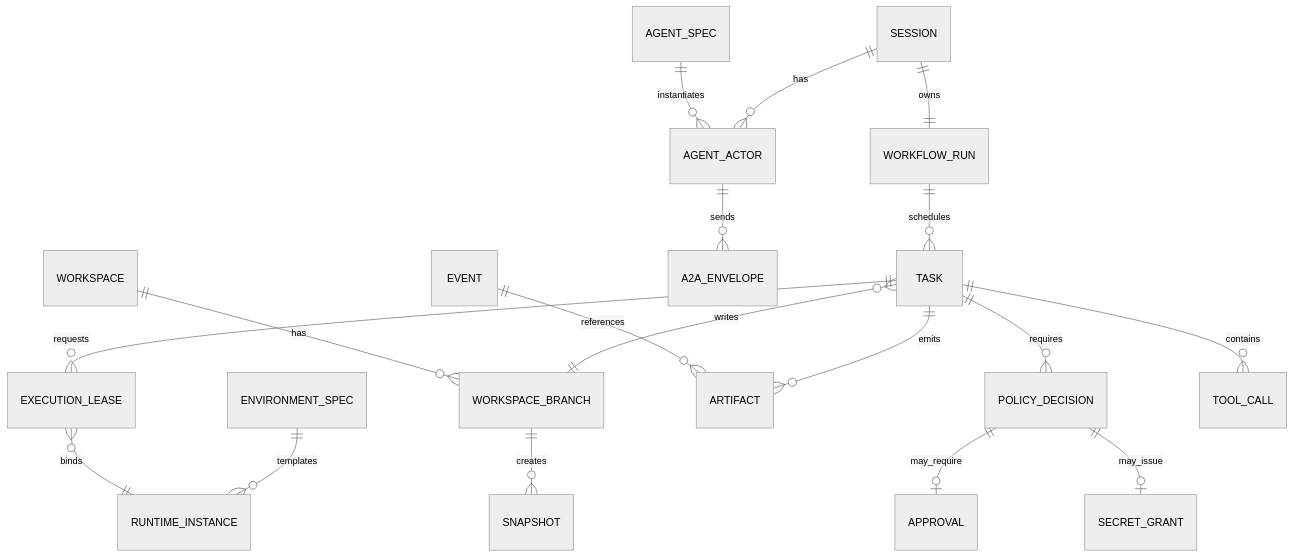
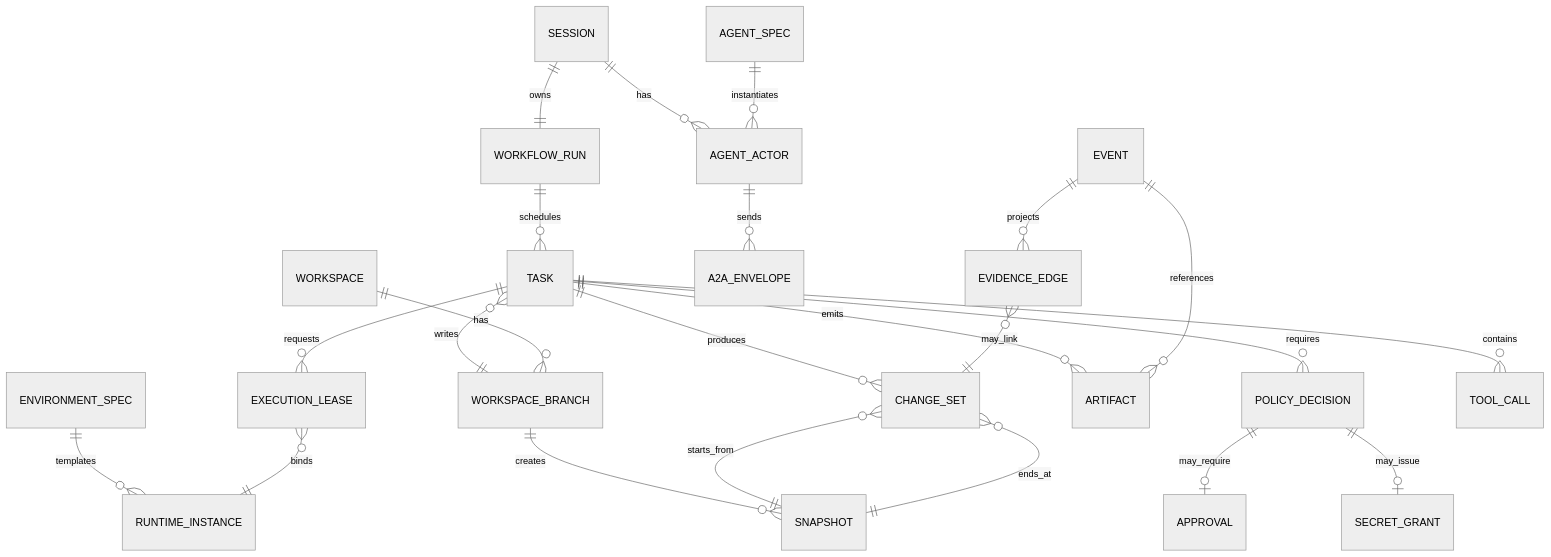
The second of 10 diagrams in AgentRuntimeFibric/AgentRuntimeFabric-Architecture-Implementation.md (wangxumarshall/claude-books), drawn with Mermaid (neutral theme) before and after one commit. The commit also changed other lines of this file and 4 other files, not shown here.

````diff
--- a/AgentRuntimeFibric/AgentRuntimeFabric-Architecture-Implementation.md
+++ b/AgentRuntimeFibric/AgentRuntimeFabric-Architecture-Implementation.md
@@ -530,20 +648,25 @@
 ```mermaid
 erDiagram
     SESSION ||--|| WORKFLOW_RUN : owns
     WORKFLOW_RUN ||--o{ TASK : schedules
     SESSION ||--o{ AGENT_ACTOR : has
     AGENT_SPEC ||--o{ AGENT_ACTOR : instantiates
     ENVIRONMENT_SPEC ||--o{ RUNTIME_INSTANCE : templates
     TASK ||--o{ EXECUTION_LEASE : requests
     EXECUTION_LEASE }o--|| RUNTIME_INSTANCE : binds
     TASK }o--|| WORKSPACE_BRANCH : writes
+    TASK ||--o{ CHANGE_SET : produces
     WORKSPACE ||--o{ WORKSPACE_BRANCH : has
     WORKSPACE_BRANCH ||--o{ SNAPSHOT : creates
+    CHANGE_SET }o--|| SNAPSHOT : starts_from
+    CHANGE_SET }o--|| SNAPSHOT : ends_at
     TASK ||--o{ ARTIFACT : emits
     TASK ||--o{ POLICY_DECISION : requires
     POLICY_DECISION ||--o| APPROVAL : may_require
     POLICY_DECISION ||--o| SECRET_GRANT : may_issue
     TASK ||--o{ TOOL_CALL : contains
     AGENT_ACTOR ||--o{ A2A_ENVELOPE : sends
     EVENT ||--o{ ARTIFACT : references
+    EVENT ||--o{ EVIDENCE_EDGE : projects
+    EVIDENCE_EDGE }o--|| CHANGE_SET : may_link
 ```
````
